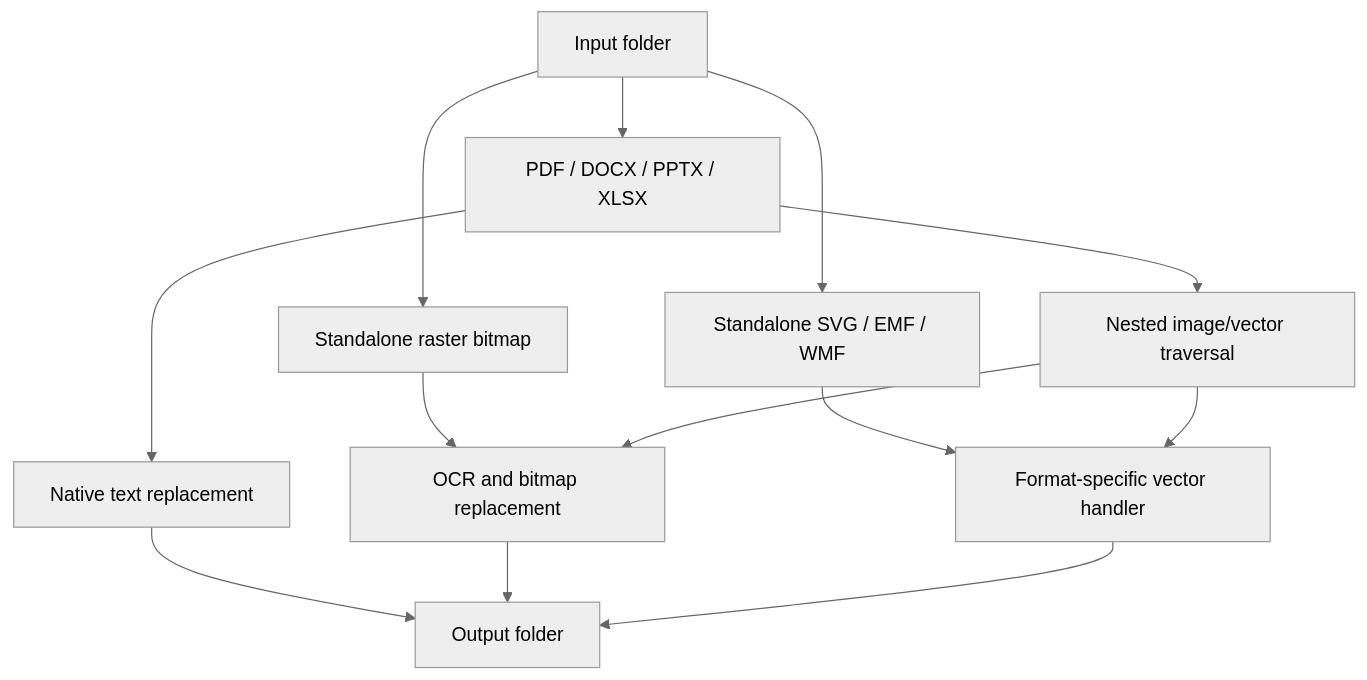
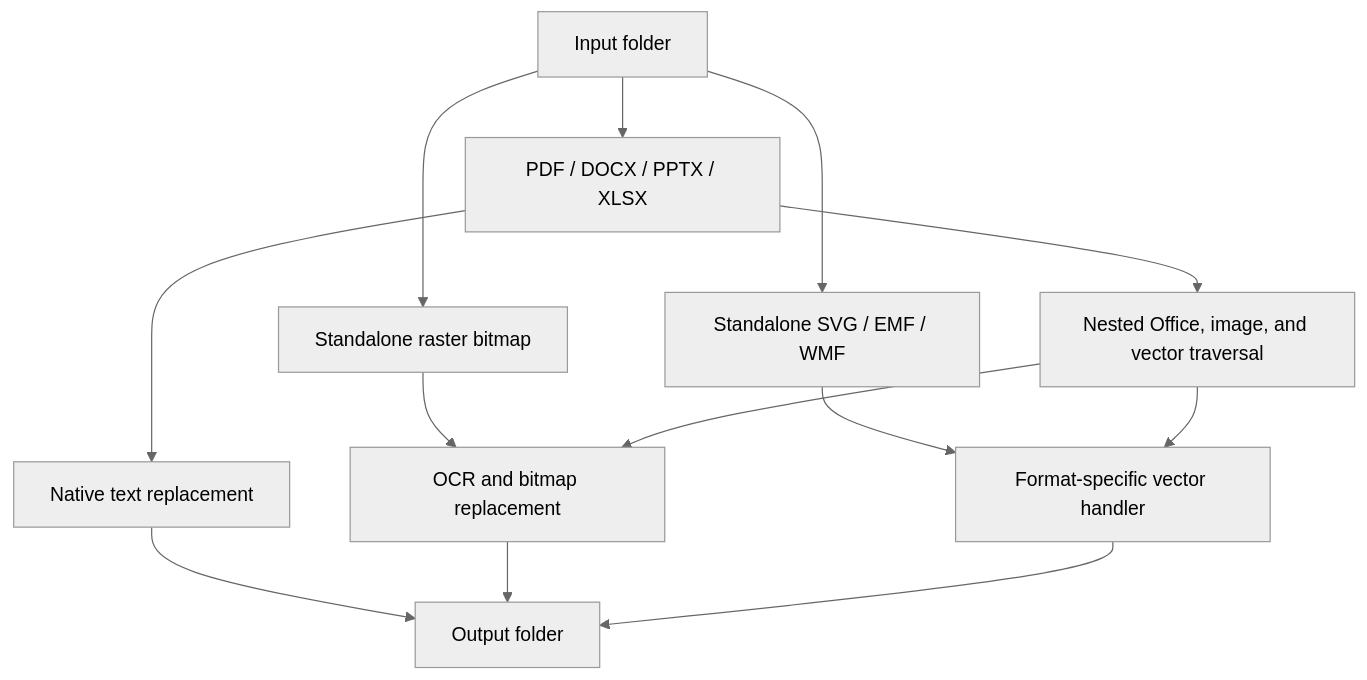
One commit to KrisTC/visual-doc-pipeline changed the diagram in docs/folder-replacer-format-support.md. Above: the diagram before and after it, drawn with Mermaid (neutral theme). The commit also changed other lines of this file and 6 other files, not shown here.

````diff
--- a/docs/folder-replacer-format-support.md
+++ b/docs/folder-replacer-format-support.md
@@ -18,15 +18,15 @@
 ```mermaid
 flowchart TD
     input[Input folder] --> bitmap[Standalone raster bitmap]
     input --> vector[Standalone SVG / EMF / WMF]
     input --> document[PDF / DOCX / PPTX / XLSX]
     bitmap --> ocr[OCR and bitmap replacement]
     vector --> vectorHandler[Format-specific vector handler]
     document --> native[Native text replacement]
-    document --> nested[Nested image/vector traversal]
+    document --> nested[Nested Office, image, and vector traversal]
     nested --> ocr
     nested --> vectorHandler
     native --> output[Output folder]
     ocr --> output
     vectorHandler --> output
 ```
````
